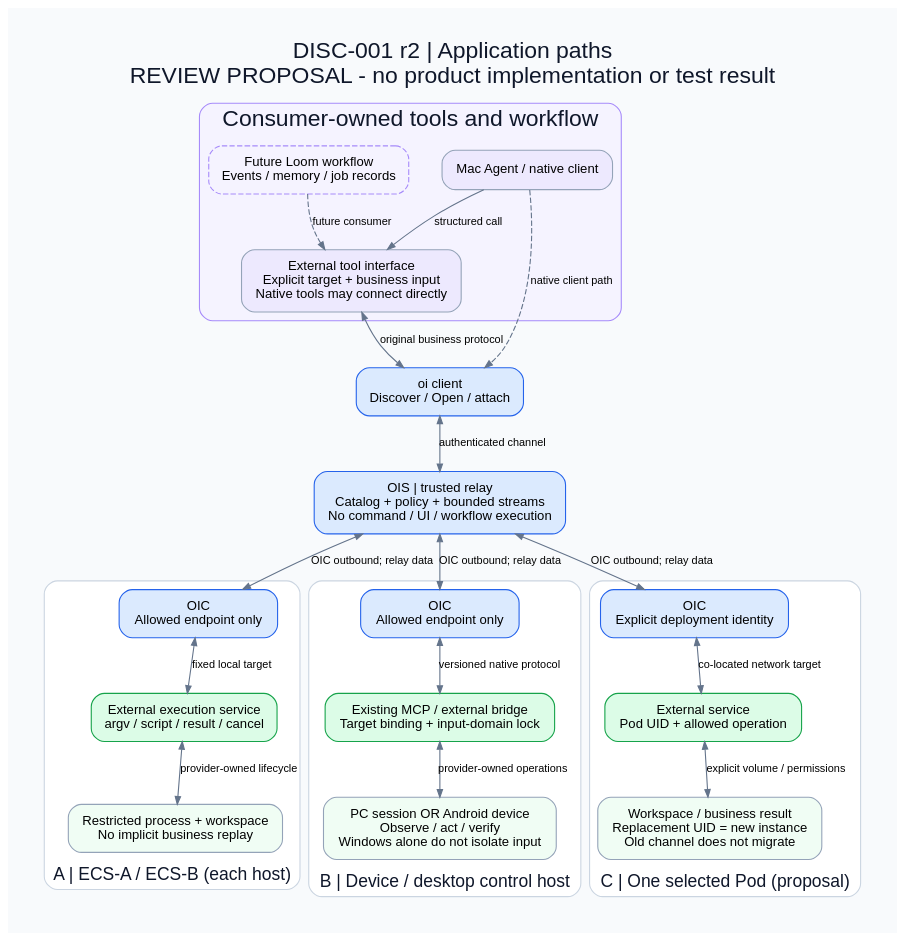
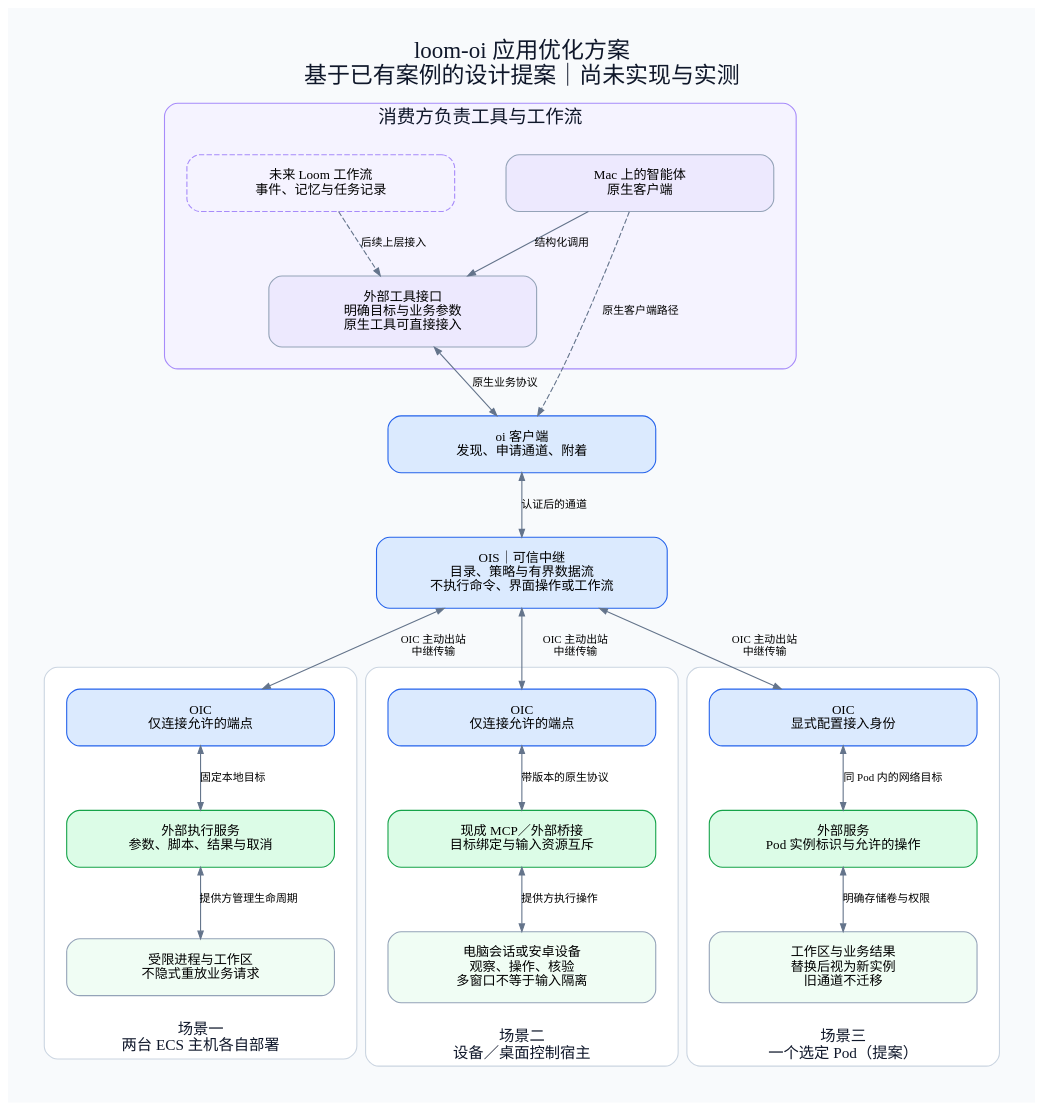
One commit to wyw-ai/loom-oi changed the diagram in docs/architecture/diagrams/v0.7/07-application-paths.dot. Above: the diagram before and after it, drawn with Graphviz. The commit also changed 10 other files, not shown here.

Commit message:
docs: localize application diagram and require Chinese visuals

```diff
--- a/docs/architecture/diagrams/v0.7/07-application-paths.dot
+++ b/docs/architecture/diagrams/v0.7/07-application-paths.dot
@@ -1,49 +1,49 @@
 digraph applications {
- graph [rankdir=TB, newrank=true, bgcolor="#F8FAFC", pad=0.35, nodesep=0.42, ranksep=0.55, compound=true, fontname="Arial", label="DISC-001 r2 | Application paths\nREVIEW PROPOSAL - no product implementation or test result", labelloc=t, fontsize=21, fontcolor="#0F172A"];
- node [shape=box, style="rounded,filled", fontname="Arial", fontsize=12, color="#94A3B8", fillcolor="white", margin="0.18,0.13"];
- edge [fontname="Arial", fontsize=10, color="#64748B", arrowsize=0.7];
+ graph [rankdir=TB, newrank=true, bgcolor="#F8FAFC", pad=0.35, nodesep=0.65, ranksep=0.65, compound=true, fontname="Noto Sans SC", label="loom-oi 应用优化方案\n基于已有案例的设计提案｜尚未实现与实测", labelloc=t, fontsize=21, fontcolor="#0F172A"];
+ node [shape=box, style="rounded,filled", fontname="Noto Sans SC", fontsize=12, color="#94A3B8", fillcolor="white", margin="0.3,0.18", width=3.4];
+ edge [fontname="Noto Sans SC", fontsize=10, color="#64748B", arrowsize=0.7];
  subgraph cluster_consumer {
-  label="Consumer-owned tools and workflow"; style="rounded"; color="#A78BFA"; bgcolor="#F5F3FF";
-  agent [label="Mac Agent / native client", fillcolor="#EDE9FE"];
-  harness [label="Future Loom workflow\nEvents / memory / job records", style="rounded,dashed", color="#A78BFA"];
-  tool [label="External tool interface\nExplicit target + business input\nNative tools may connect directly", fillcolor="#EDE9FE"];
+  label="消费方负责工具与工作流"; margin=20; fontsize=17; style="rounded"; color="#A78BFA"; bgcolor="#F5F3FF";
+  agent [label="Mac 上的智能体\n原生客户端", fillcolor="#EDE9FE"];
+  harness [label="未来 Loom 工作流\n事件、记忆与任务记录", style="rounded,dashed", color="#A78BFA"];
+  tool [label="外部工具接口\n明确目标与业务参数\n原生工具可直接接入", fillcolor="#EDE9FE"];
   {rank=same;agent;harness;}
-  agent -> tool [label="structured call"];
-  harness -> tool [style=dashed, label="future consumer"];
+  agent -> tool [label="结构化调用"];
+  harness -> tool [style=dashed, label="后续上层接入"];
  }
- cli [label="oi client\nDiscover / Open / attach", fillcolor="#DBEAFE", color="#2563EB"];
- ois [label="OIS | trusted relay\nCatalog + policy + bounded streams\nNo command / UI / workflow execution", fillcolor="#DBEAFE", color="#2563EB"];
- tool -> cli [dir=both,label="original business protocol"];
- agent -> cli [style=dashed,label="native client path"];
- cli -> ois [dir=both,label="authenticated channel"];
+ cli [label="oi 客户端\n发现、申请通道、附着", fillcolor="#DBEAFE", color="#2563EB"];
+ ois [label="OIS｜可信中继\n目录、策略与有界数据流\n不执行命令、界面操作或工作流", width=3.7, fillcolor="#DBEAFE", color="#2563EB"];
+ tool -> cli [dir=both,label="原生业务协议"];
+ agent -> cli [style=dashed,label="原生客户端路径"];
+ cli -> ois [dir=both,label="认证后的通道"];
  subgraph cluster_ecs {
-  label="A | ECS-A / ECS-B (each host)"; color="#CBD5E1"; style="rounded"; bgcolor="#FFFFFF"; labelloc=b; fontsize=16;
-  oa [label="OIC\nAllowed endpoint only", fillcolor="#DBEAFE", color="#2563EB"];
-  ex [label="External execution service\nargv / script / result / cancel", fillcolor="#DCFCE7", color="#16A34A"];
-  ws [label="Restricted process + workspace\nNo implicit business replay", fillcolor="#F0FDF4"];
-  oa -> ex [dir=both,label="fixed local target"];
-  ex -> ws [dir=both,label="provider-owned lifecycle"];
+  label="场景一\n两台 ECS 主机各自部署"; color="#CBD5E1"; style="rounded"; bgcolor="#FFFFFF"; labelloc=b; fontsize=14; margin=20;
+  oa [label="OIC\n仅连接允许的端点", fillcolor="#DBEAFE", color="#2563EB"];
+  ex [label="外部执行服务\n参数、脚本、结果与取消", fillcolor="#DCFCE7", color="#16A34A"];
+  ws [label="受限进程与工作区\n不隐式重放业务请求", fillcolor="#F0FDF4"];
+  oa -> ex [dir=both,label="固定本地目标"];
+  ex -> ws [dir=both,label="提供方管理生命周期"];
  }
  subgraph cluster_device {
-  label="B | Device / desktop control host"; color="#CBD5E1"; style="rounded"; bgcolor="#FFFFFF"; labelloc=b; fontsize=16;
-  ob [label="OIC\nAllowed endpoint only", fillcolor="#DBEAFE", color="#2563EB"];
-  ui [label="Existing MCP / external bridge\nTarget binding + input-domain lock", fillcolor="#DCFCE7", color="#16A34A"];
-  device [label="PC session OR Android device\nObserve / act / verify\nWindows alone do not isolate input", fillcolor="#F0FDF4"];
-  ob -> ui [dir=both,label="versioned native protocol"];
-  ui -> device [dir=both,label="provider-owned operations"];
+  label="场景二\n设备／桌面控制宿主"; color="#CBD5E1"; style="rounded"; bgcolor="#FFFFFF"; labelloc=b; fontsize=14; margin=20;
+  ob [label="OIC\n仅连接允许的端点", fillcolor="#DBEAFE", color="#2563EB"];
+  ui [label="现成 MCP／外部桥接\n目标绑定与输入资源互斥", fillcolor="#DCFCE7", color="#16A34A"];
+  device [label="电脑会话或安卓设备\n观察、操作、核验\n多窗口不等于输入隔离", fillcolor="#F0FDF4"];
+  ob -> ui [dir=both,label="带版本的原生协议"];
+  ui -> device [dir=both,label="提供方执行操作"];
  }
  subgraph cluster_pod {
-  label="C | One selected Pod (proposal)"; color="#CBD5E1"; style="rounded"; bgcolor="#FFFFFF"; labelloc=b; fontsize=16;
-  oc [label="OIC\nExplicit deployment identity", fillcolor="#DBEAFE", color="#2563EB"];
-  app [label="External service\nPod UID + allowed operation", fillcolor="#DCFCE7", color="#16A34A"];
-  work [label="Workspace / business result\nReplacement UID = new instance\nOld channel does not migrate", fillcolor="#F0FDF4"];
-  oc -> app [dir=both,label="co-located network target"];
-  app -> work [dir=both,label="explicit volume / permissions"];
+  label="场景三\n一个选定 Pod（提案）"; color="#CBD5E1"; style="rounded"; bgcolor="#FFFFFF"; labelloc=b; fontsize=14; margin=20;
+  oc [label="OIC\n显式配置接入身份", fillcolor="#DBEAFE", color="#2563EB"];
+  app [label="外部服务\nPod 实例标识与允许的操作", fillcolor="#DCFCE7", color="#16A34A"];
+  work [label="工作区与业务结果\n替换后视为新实例\n旧通道不迁移", fillcolor="#F0FDF4"];
+  oc -> app [dir=both,label="同 Pod 内的网络目标"];
+  app -> work [dir=both,label="明确存储卷与权限"];
  }
  {rank=same;oa;ob;oc;}
  {rank=same;ex;ui;app;}
  {rank=same;ws;device;work;}
- ois -> oa [dir=both,label="OIC outbound; relay data"];
- ois -> ob [dir=both,label="OIC outbound; relay data"];
- ois -> oc [dir=both,label="OIC outbound; relay data"];
+ ois -> oa [dir=both,label="　　OIC 主动出站　　\n　　中继传输　　"];
+ ois -> ob [dir=both,label="　　OIC 主动出站　　\n　　中继传输　　"];
+ ois -> oc [dir=both,label="　　OIC 主动出站　　\n　　中继传输　　"];
 }
```
